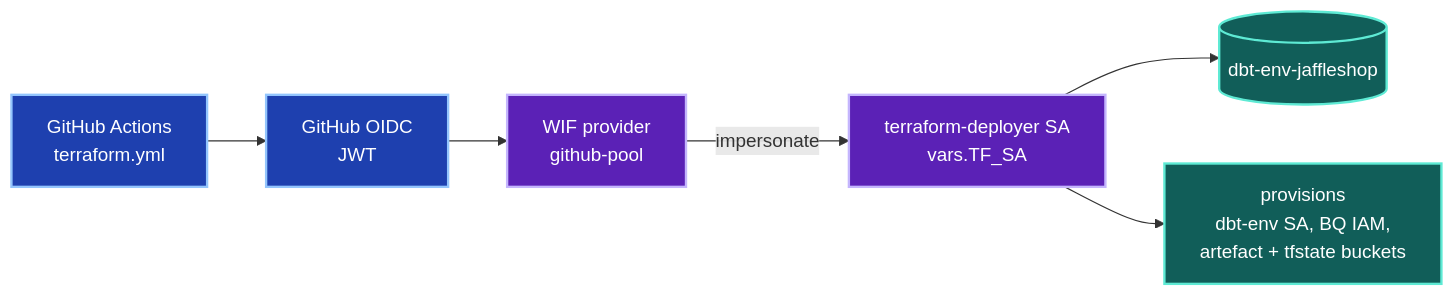
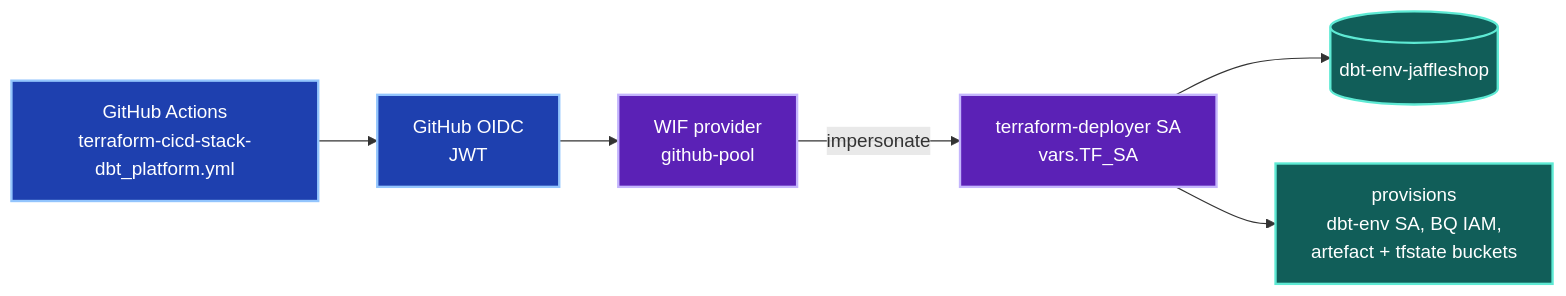
Before and after one commit to neozenith/dbt-gcp-jaffleshop: the first of 4 diagrams in infra/AUTH.md, drawn with Mermaid. The commit also changed other lines of this file and 44 other files, not shown here.

````diff
--- a/infra/AUTH.md
+++ b/infra/AUTH.md
@@ -29,19 +29,19 @@
 ```mermaid
 flowchart LR
-    gha["GitHub Actions<br/>terraform.yml"]:::ingress
+    gha["GitHub Actions<br/>terraform-cicd-stack-dbt_platform.yml"]:::ingress
     oidc["GitHub OIDC<br/>JWT"]:::ingress
     wif["WIF provider<br/>github-pool"]:::compute
     tfsa["terraform-deployer SA<br/>vars.TF_SA"]:::compute
     proj[("dbt-env-jaffleshop")]:::data
     res["provisions<br/>dbt-env SA, BQ IAM,<br/>artefact + tfstate buckets"]:::data
 
     gha --> oidc
     oidc --> wif
     wif -->|impersonate| tfsa
     tfsa --> proj
     tfsa --> res
 
     classDef ingress  fill:#1e40af,stroke:#93c5fd,color:#fff,stroke-width:2px
     classDef compute  fill:#5b21b6,stroke:#c4b5fd,color:#fff,stroke-width:2px
     classDef data     fill:#115e59,stroke:#5eead4,color:#fff,stroke-width:2px
 ```
````
